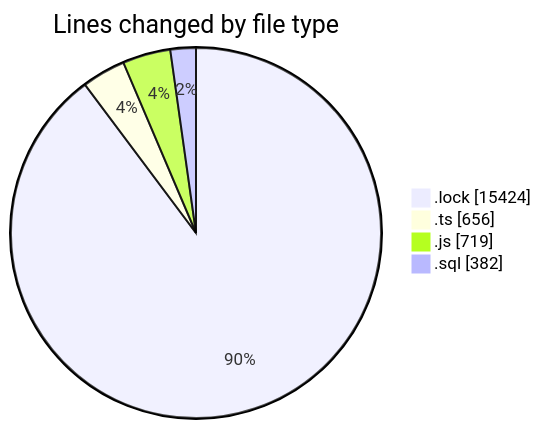
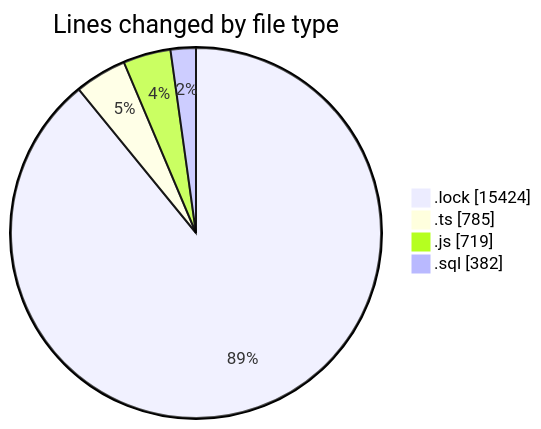
The first of 2 diagrams in 2025-05-22/cda/README.md (momahboobian/code-tracking), drawn with Mermaid before and after one commit. The commit also changed other lines of this file and 1 other file, not shown here.

````diff
--- a/2025-05-22/cda/README.md
+++ b/2025-05-22/cda/README.md
@@ -26,8 +27,8 @@
 ```mermaid
 pie showData
 title Lines changed by file type
 ".lock" : 15424
-".ts" : 656
+".ts" : 785
 ".js" : 719
 ".sql" : 382
 ```
````
